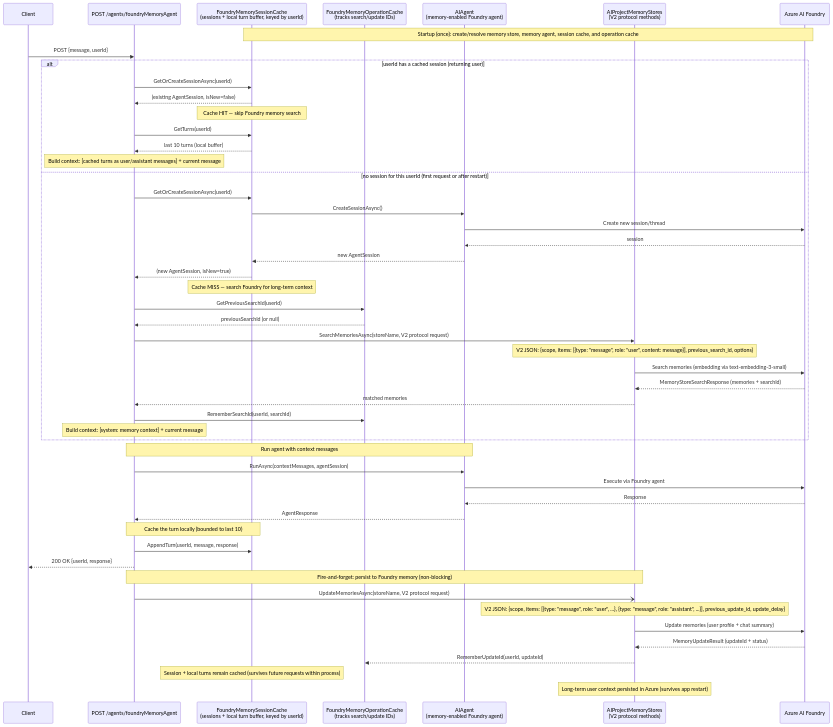
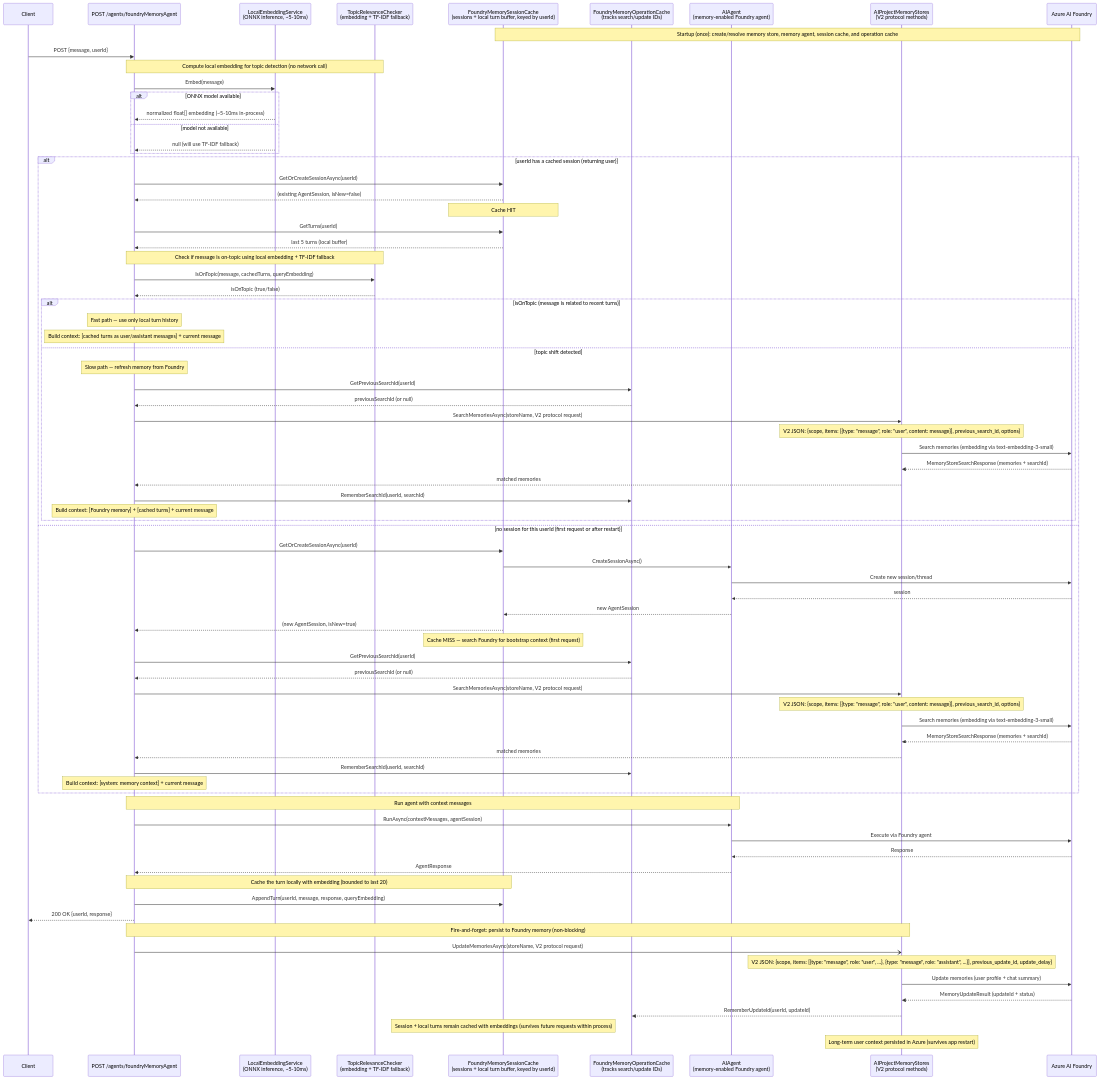
One commit to sunilkrishnatry/agent-hub-dotnet changed the third of 3 diagrams in diagram.md. Above: the diagram before and after it, drawn with Mermaid. The commit also changed other lines of this file and 8 other files, not shown here.

Commit message:
Added semnatic similarity check for local cache with current query.

````diff
--- a/diagram.md
+++ b/diagram.md
@@ -113,6 +113,8 @@
 sequenceDiagram
     participant Client
     participant Route as POST /agents/foundryMemoryAgent
+    participant EmbedSvc as LocalEmbeddingService<br/>(ONNX inference, ~5-10ms)
+    participant TopicChk as TopicRelevanceChecker<br/>(embedding + TF-IDF fallback)
     participant Cache as FoundryMemorySessionCache<br/>(sessions + local turn buffer, keyed by userId)
     participant OpCache as FoundryMemoryOperationCache<br/>(tracks search/update IDs)
     participant Agent as AIAgent<br/>(memory-enabled Foundry agent)
@@ -123,14 +125,41 @@
 
     Client->>Route: POST {message, userId}
 
+    Note over Route,TopicChk: Compute local embedding for topic detection (no network call)
+    Route->>EmbedSvc: Embed(message)
+    alt ONNX model available
+        EmbedSvc-->>Route: normalized float[] embedding (~5-10ms in-process)
+    else model not available
+        EmbedSvc-->>Route: null (will use TF-IDF fallback)
+    end
+
     alt userId has a cached session (returning user)
         Route->>Cache: GetOrCreateSessionAsync(userId)
         Cache-->>Route: (existing AgentSession, isNew=false)
-        Note over Cache: Cache HIT — skip Foundry memory search
+        Note over Cache: Cache HIT
 
         Route->>Cache: GetTurns(userId)
-        Cache-->>Route: last 10 turns (local buffer)
-        Note over Route: Build context: [cached turns as user/assistant messages] + current message
+        Cache-->>Route: last 5 turns (local buffer)
+        
+        Note over Route,TopicChk: Check if message is on-topic using local embedding + TF-IDF fallback
+        Route->>TopicChk: IsOnTopic(message, cachedTurns, queryEmbedding)
+        TopicChk-->>Route: isOnTopic (true/false)
+        
+        alt isOnTopic (message is related to recent turns)
+            Note over Route: Fast path — use only local turn history
+            Note over Route: Build context: [cached turns as user/assistant messages] + current message
+        else topic shift detected
+            Note over Route: Slow path — refresh memory from Foundry
+            Route->>OpCache: GetPreviousSearchId(userId)
+            OpCache-->>Route: previousSearchId (or null)
+            Route->>MemoryAPI: SearchMemoriesAsync(storeName, V2 protocol request)
+            Note over MemoryAPI: V2 JSON: {scope, items: [{type: "message", role: "user", content: message}], previous_search_id, options}
+            MemoryAPI->>Foundry: Search memories (embedding via text-embedding-3-small)
+            Foundry-->>MemoryAPI: MemoryStoreSearchResponse (memories + searchId)
+            MemoryAPI-->>Route: matched memories
+            Route->>OpCache: RememberSearchId(userId, searchId)
+            Note over Route: Build context: [Foundry memory] + [cached turns] + current message
+        end
     else no session for this userId (first request or after restart)
         Route->>Cache: GetOrCreateSessionAsync(userId)
         Cache->>Agent: CreateSessionAsync()
@@ -138,7 +167,7 @@
         Foundry-->>Agent: session
         Agent-->>Cache: new AgentSession
         Cache-->>Route: (new AgentSession, isNew=true)
-        Note over Cache: Cache MISS — search Foundry for long-term context
+        Note over Cache: Cache MISS — search Foundry for bootstrap context (first request)
 
         Route->>OpCache: GetPreviousSearchId(userId)
         OpCache-->>Route: previousSearchId (or null)
@@ -157,8 +186,8 @@
     Foundry-->>Agent: Response
     Agent-->>Route: AgentResponse
 
-    Note over Route,Cache: Cache the turn locally (bounded to last 10)
-    Route->>Cache: AppendTurn(userId, message, response)
+    Note over Route,Cache: Cache the turn locally with embedding (bounded to last 20)
+    Route->>Cache: AppendTurn(userId, message, response, queryEmbedding)
 
     Route-->>Client: 200 OK {userId, response}
 
@@ -169,6 +198,6 @@
     Foundry-->>MemoryAPI: MemoryUpdateResult (updateId + status)
     MemoryAPI-->>OpCache: RememberUpdateId(userId, updateId)
 
-    Note over Cache: Session + local turns remain cached (survives future requests within process)
+    Note over Cache: Session + local turns remain cached with embeddings (survives future requests within process)
     Note over MemoryAPI: Long-term user context persisted in Azure (survives app restart)
 ```
````
